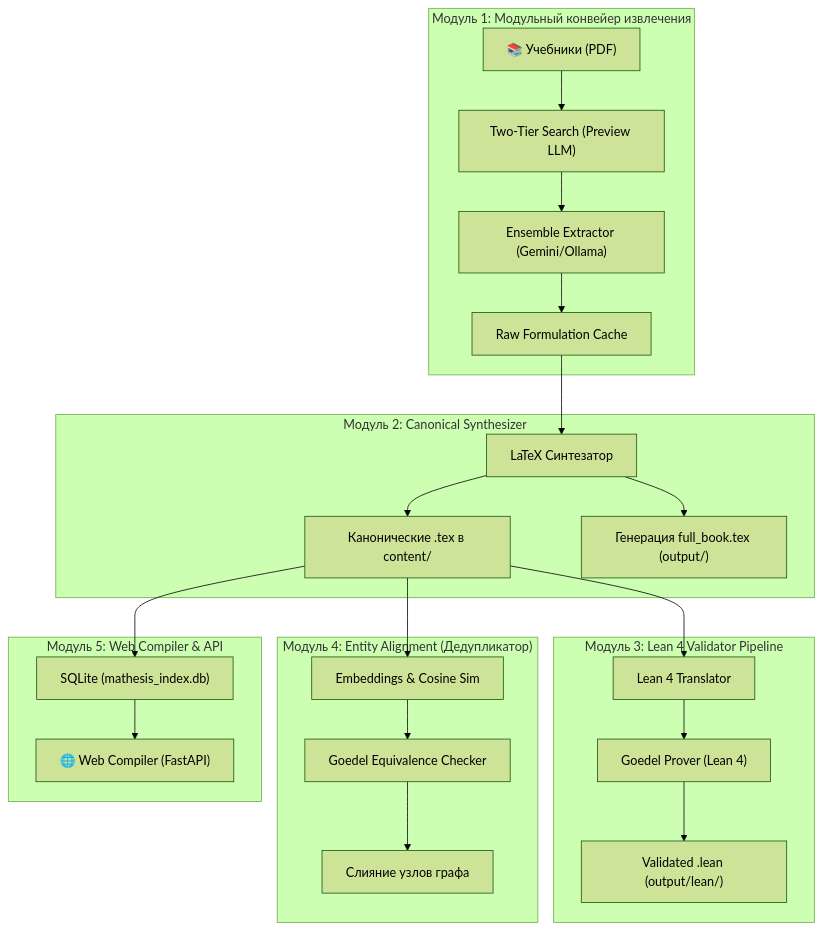
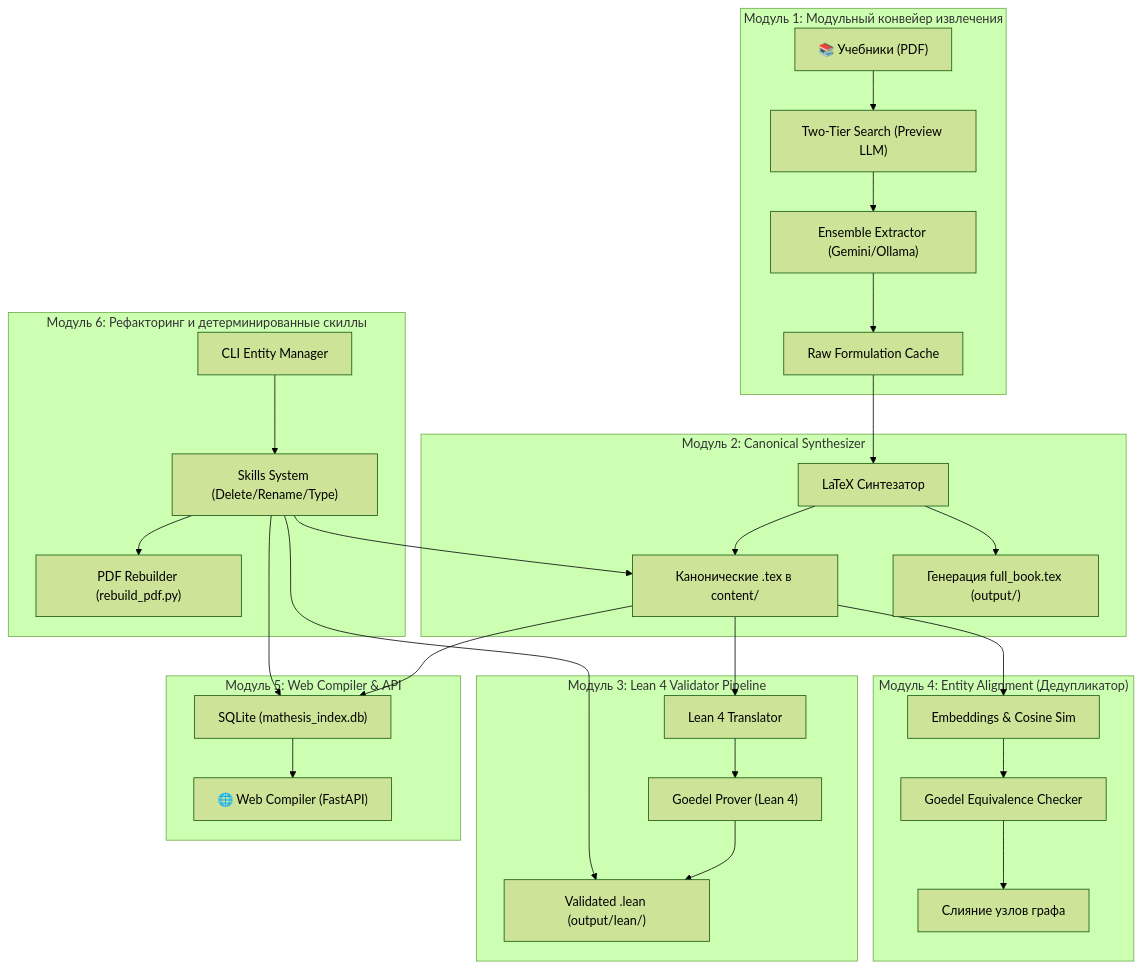
The diagram in docs/architecture/overview.md (Mariko-Kai/Toolset-for-building-semantic-networks-from-provided-sources), drawn with Mermaid (forest theme) before and after one commit. The commit also changed 3 other files, not shown here.

First line of the commit message:
docs: minor touch-ups to README and architecture notes

````diff
--- a/docs/architecture/overview.md
+++ b/docs/architecture/overview.md
@@ -18,31 +18,39 @@
 ```mermaid
 graph TB
     subgraph "Модуль 1: Модульный конвейер извлечения"
         A["📚 Учебники (PDF)"] --> B["Two-Tier Search (Preview LLM)"]
         B --> C["Ensemble Extractor (Gemini/Ollama)"]
         C --> D["Raw Formulation Cache"]
     end
 
     subgraph "Модуль 2: Canonical Synthesizer"
         D --> E["LaTeX Синтезатор"]
         E --> F["Канонические .tex в content/"]
         E --> G["Генерация full_book.tex (output/)"]
     end
 
     subgraph "Модуль 3: Lean 4 Validator Pipeline"
         F --> H["Lean 4 Translator"]
         H --> I["Goedel Prover (Lean 4)"]
         I --> J["Validated .lean (output/lean/)"]
     end
     
     subgraph "Модуль 4: Entity Alignment (Дедупликатор)"
         F --> K["Embeddings & Cosine Sim"]
         K --> L["Goedel Equivalence Checker"]
         L --> M["Слияние узлов графа"]
     end
 
     subgraph "Модуль 5: Web Compiler & API"
         F --> N["SQLite (mathesis_index.db)"]
         N --> O["🌐 Web Compiler (FastAPI)"]
     end
+
+    subgraph "Модуль 6: Рефакторинг и детерминированные скиллы"
+        P["CLI Entity Manager"] --> Q["Skills System (Delete/Rename/Type)"]
+        Q --> N
+        Q --> F
+        Q --> J
+        Q --> R["PDF Rebuilder (rebuild_pdf.py)"]
+    end
 ```
````
